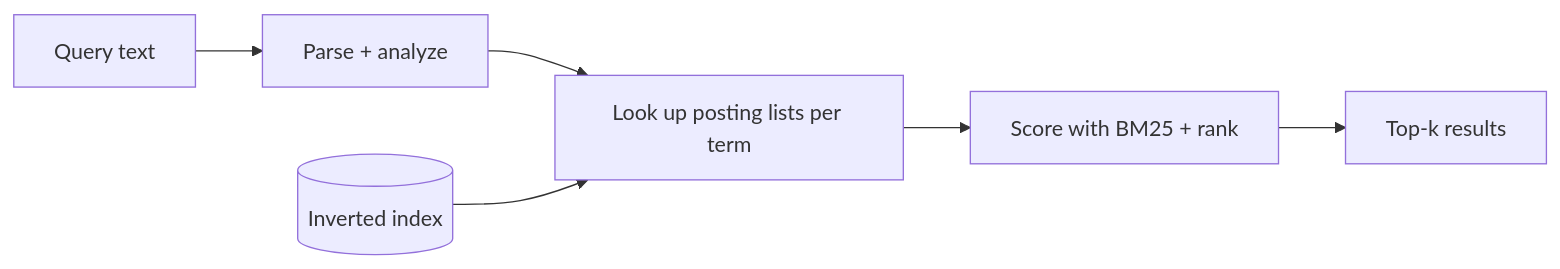
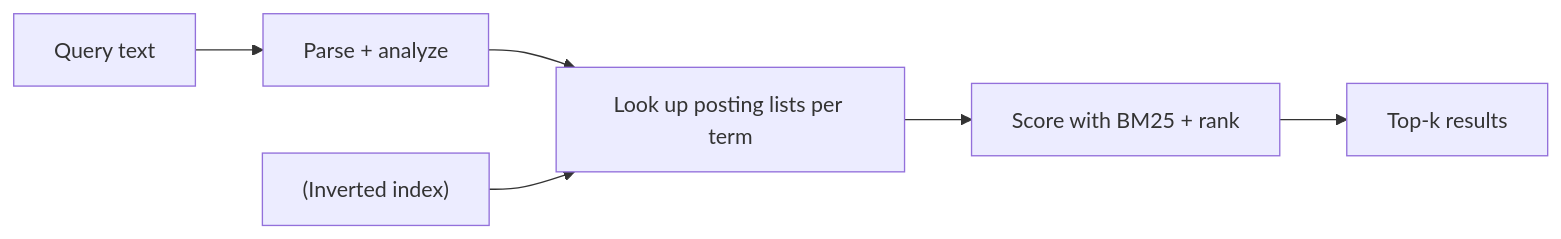
The first of 5 diagrams in files/System-Design-Questions/36-full_text_search_engine_system_design.md (pankajThakur1874/studysheet), drawn with Mermaid before and after one commit. The commit also changed other lines of this file and 78 other files, not shown here.

````diff
--- a/files/System-Design-Questions/36-full_text_search_engine_system_design.md
+++ b/files/System-Design-Questions/36-full_text_search_engine_system_design.md
@@ -23,8 +23,8 @@
 ```mermaid
 flowchart LR
-    Q[Query text] --> P[Parse + analyze]
+    Q[Query text] --> P["Parse + analyze"]
     P --> L[Look up posting lists per term]
-    IDX[(Inverted index)] --> L
-    L --> S[Score with BM25 + rank]
+    IDX["(Inverted index)"] --> L
+    L --> S["Score with BM25 + rank"]
     S --> R[Top-k results]
 ```
````
